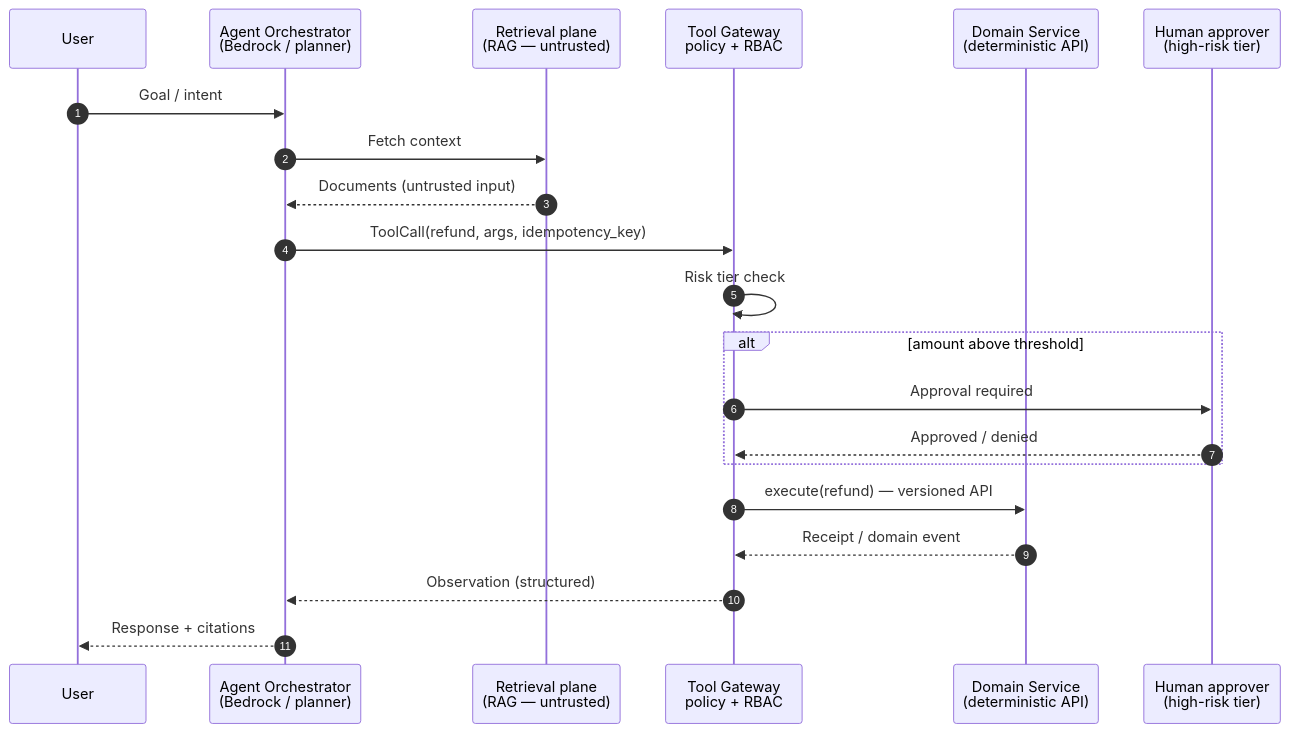
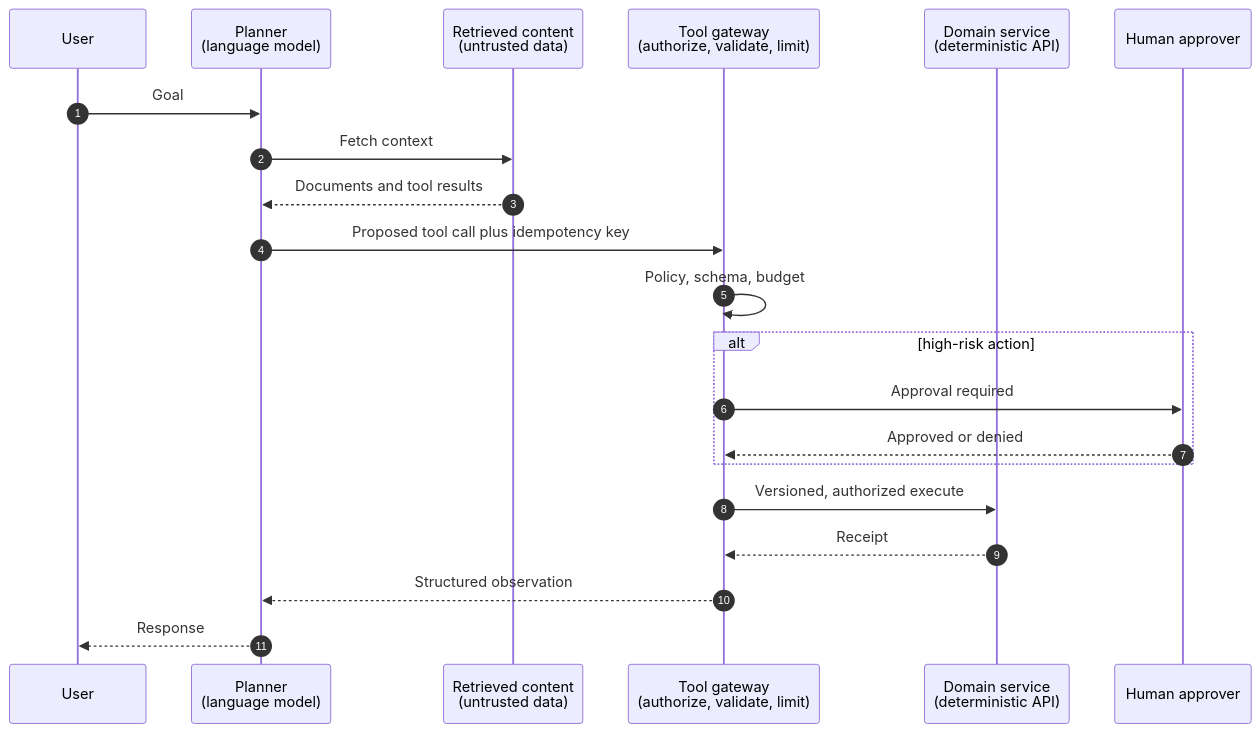
One commit to vaquarkhan/microservices-recipes-a-free-gitbook changed the diagram in assets/images/diagrams/agentic-ai-tool-gateway.mmd. Above: the diagram before and after it, drawn with Mermaid. The commit also changed 151 other files, not shown here.

```diff
--- a/assets/images/diagrams/agentic-ai-tool-gateway.mmd
+++ b/assets/images/diagrams/agentic-ai-tool-gateway.mmd
@@ -1,22 +1,22 @@
 sequenceDiagram
     autonumber
     participant U as User
-    participant A as Agent Orchestrator<br/>(Bedrock / planner)
-    participant R as Retrieval plane<br/>(RAG — untrusted)
-    participant G as Tool Gateway<br/>policy + RBAC
-    participant S as Domain Service<br/>(deterministic API)
-    participant H as Human approver<br/>(high-risk tier)
+    participant P as Planner<br/>(language model)
+    participant R as Retrieved content<br/>(untrusted data)
+    participant G as Tool gateway<br/>(authorize, validate, limit)
+    participant S as Domain service<br/>(deterministic API)
+    participant H as Human approver
 
-    U->>A: Goal / intent
-    A->>R: Fetch context
-    R-->>A: Documents (untrusted input)
-    A->>G: ToolCall(refund, args, idempotency_key)
-    G->>G: Risk tier check
-    alt amount above threshold
+    U->>P: Goal
+    P->>R: Fetch context
+    R-->>P: Documents and tool results
+    P->>G: Proposed tool call plus idempotency key
+    G->>G: Policy, schema, budget
+    alt high-risk action
         G->>H: Approval required
-        H-->>G: Approved / denied
+        H-->>G: Approved or denied
     end
-    G->>S: execute(refund) — versioned API
-    S-->>G: Receipt / domain event
-    G-->>A: Observation (structured)
-    A-->>U: Response + citations
+    G->>S: Versioned, authorized execute
+    S-->>G: Receipt
+    G-->>P: Structured observation
+    P-->>U: Response
```
